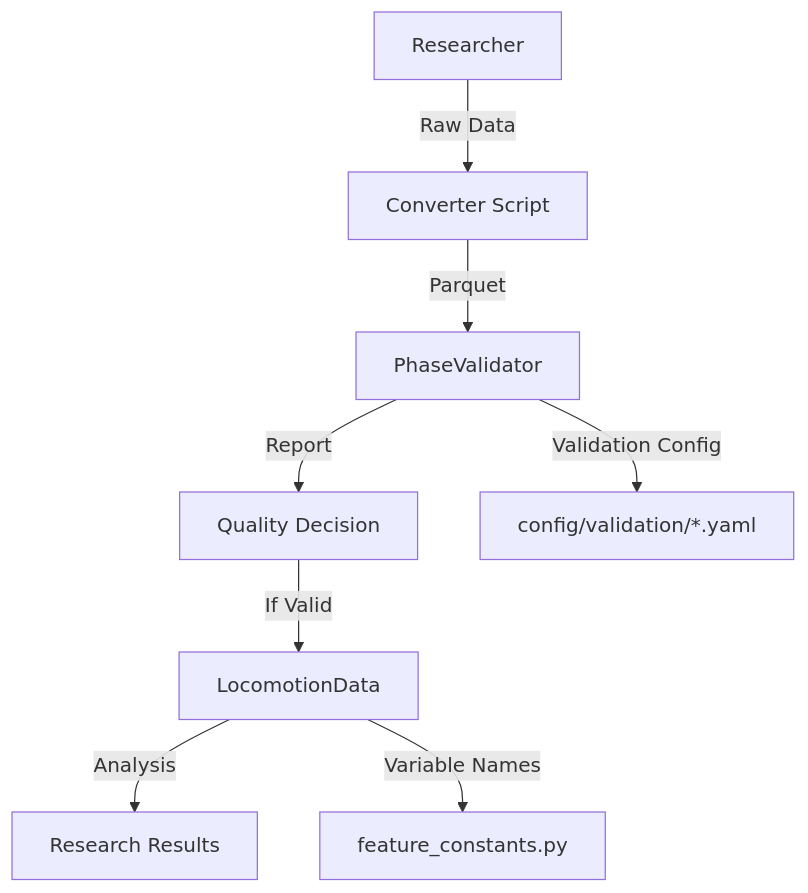
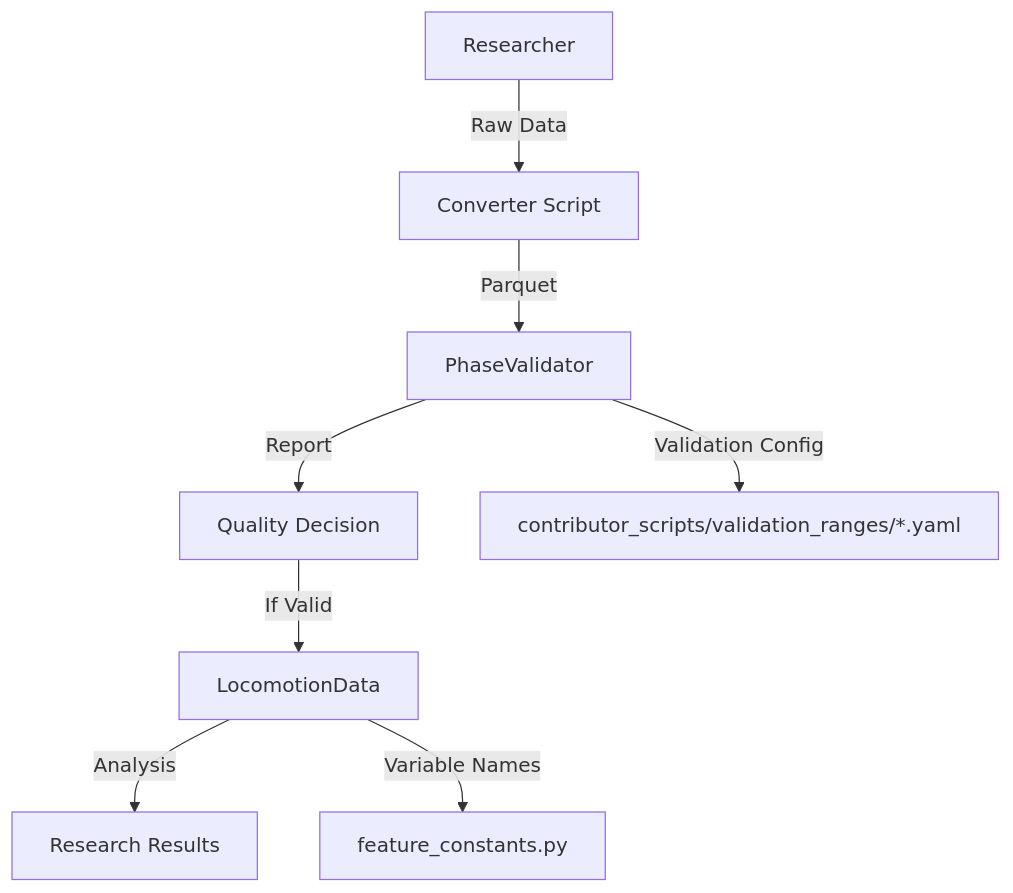
One commit to jmontp/LocoHub changed the third of 3 diagrams in docs/maintainers/architecture.md. Above: the diagram before and after it, drawn with Mermaid. The commit also changed other lines of this file and 20 other files, not shown here.

First line of the commit message:
Reorganize validation config and clean up unused files

````diff
--- a/docs/maintainers/architecture.md
+++ b/docs/maintainers/architecture.md
@@ -186,11 +186,11 @@
 ```mermaid
 graph TD
     A[Researcher] -->|Raw Data| B[Converter Script]
     B -->|Parquet| C[PhaseValidator]
     C -->|Report| D[Quality Decision]
     D -->|If Valid| E[LocomotionData]
     E -->|Analysis| F[Research Results]
     
-    C -->|Validation Config| G[config/validation/*.yaml]
+    C -->|Validation Config| G[contributor_scripts/validation_ranges/*.yaml]
     E -->|Variable Names| H[feature_constants.py]
 ```
````
